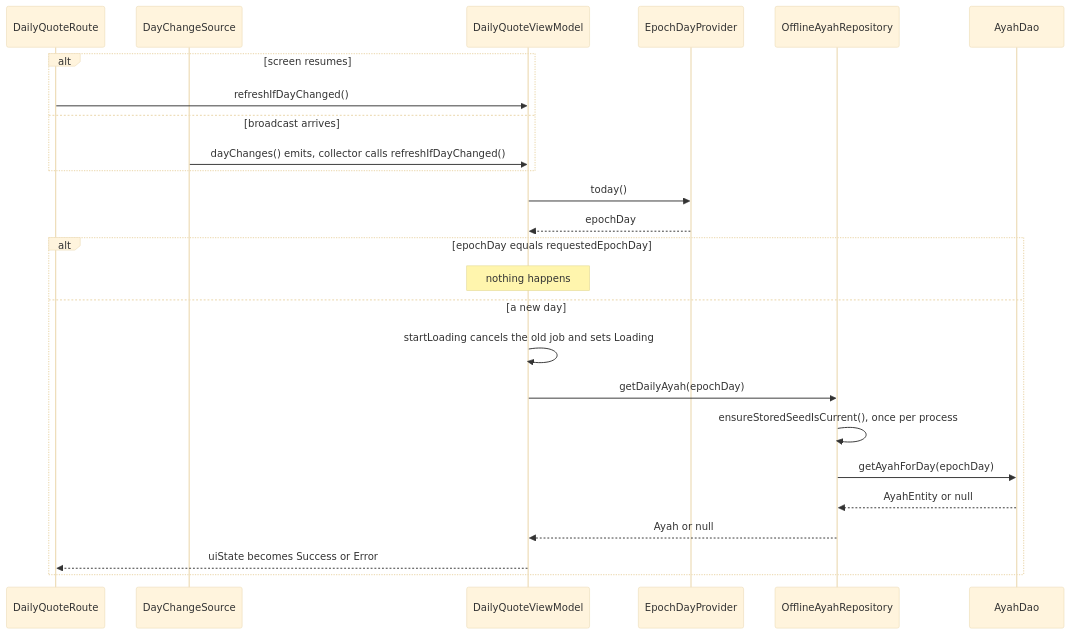
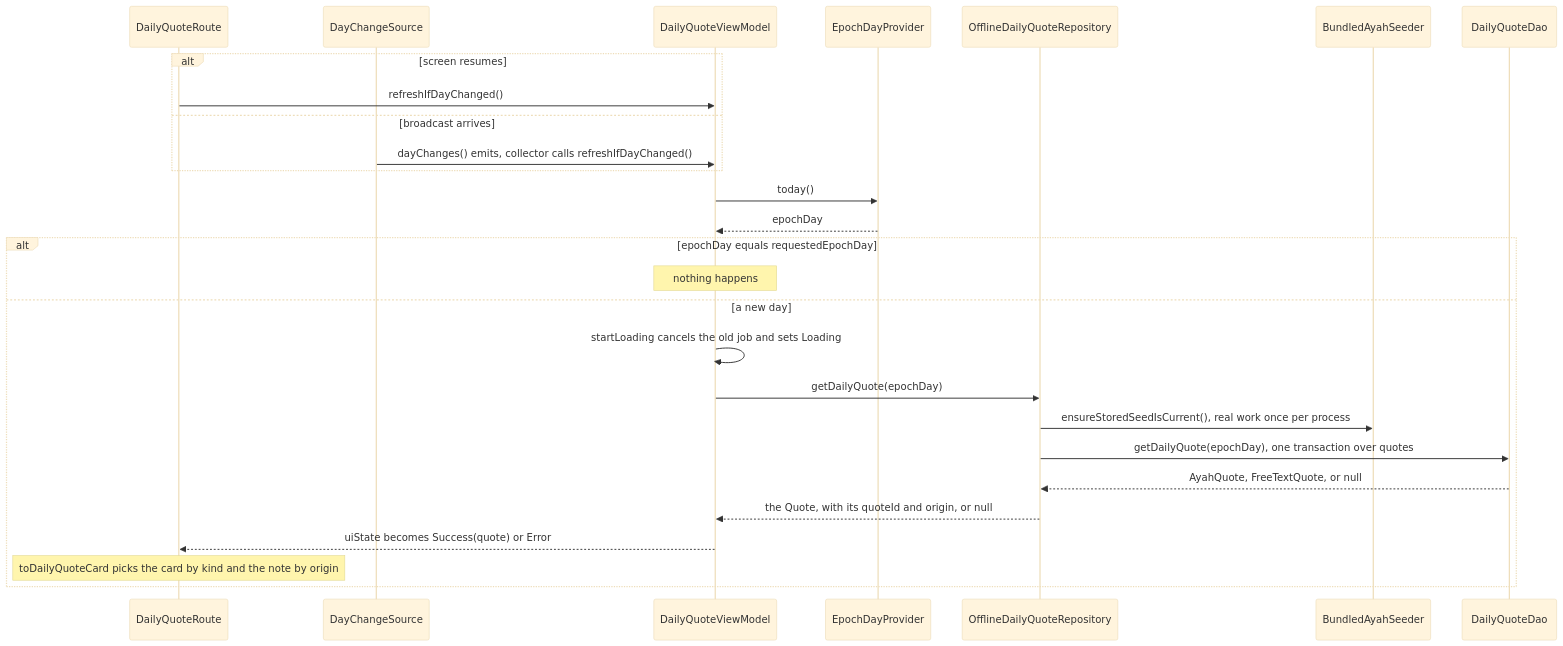
Before and after one commit to shibbirweb/al-quran-quotes-android: the second of 3 diagrams in docs/Developer-Daily-Ayah-Logic.md, drawn with Mermaid (base theme). The commit also changed other lines of this file and 206 other files, not shown here.

First line of the commit message:
feat: add bottom navigation, quote CRUD with editable bundled ayahs, and a Room schema history check

````diff
--- a/docs/Developer-Daily-Ayah-Logic.md
+++ b/docs/Developer-Daily-Ayah-Logic.md
@@ -77,27 +111,29 @@
 ```mermaid
 sequenceDiagram
     participant Route as DailyQuoteRoute
     participant Source as DayChangeSource
     participant VM as DailyQuoteViewModel
     participant Clock as EpochDayProvider
-    participant Repo as OfflineAyahRepository
-    participant Dao as AyahDao
+    participant Repo as OfflineDailyQuoteRepository
+    participant Seeder as BundledAyahSeeder
+    participant Dao as DailyQuoteDao
     alt screen resumes
         Route->>VM: refreshIfDayChanged()
     else broadcast arrives
         Source->>VM: dayChanges() emits, collector calls refreshIfDayChanged()
     end
     VM->>Clock: today()
     Clock-->>VM: epochDay
     alt epochDay equals requestedEpochDay
         Note over VM: nothing happens
     else a new day
         VM->>VM: startLoading cancels the old job and sets Loading
-        VM->>Repo: getDailyAyah(epochDay)
-        Repo->>Repo: ensureStoredSeedIsCurrent(), once per process
-        Repo->>Dao: getAyahForDay(epochDay)
-        Dao-->>Repo: AyahEntity or null
-        Repo-->>VM: Ayah or null
-        VM-->>Route: uiState becomes Success or Error
+        VM->>Repo: getDailyQuote(epochDay)
+        Repo->>Seeder: ensureStoredSeedIsCurrent(), real work once per process
+        Repo->>Dao: getDailyQuote(epochDay), one transaction over quotes
+        Dao-->>Repo: AyahQuote, FreeTextQuote, or null
+        Repo-->>VM: the Quote, with its quoteId and origin, or null
+        VM-->>Route: uiState becomes Success(quote) or Error
+        Note over Route: toDailyQuoteCard picks the card by kind and the note by origin
     end
 ```
````
